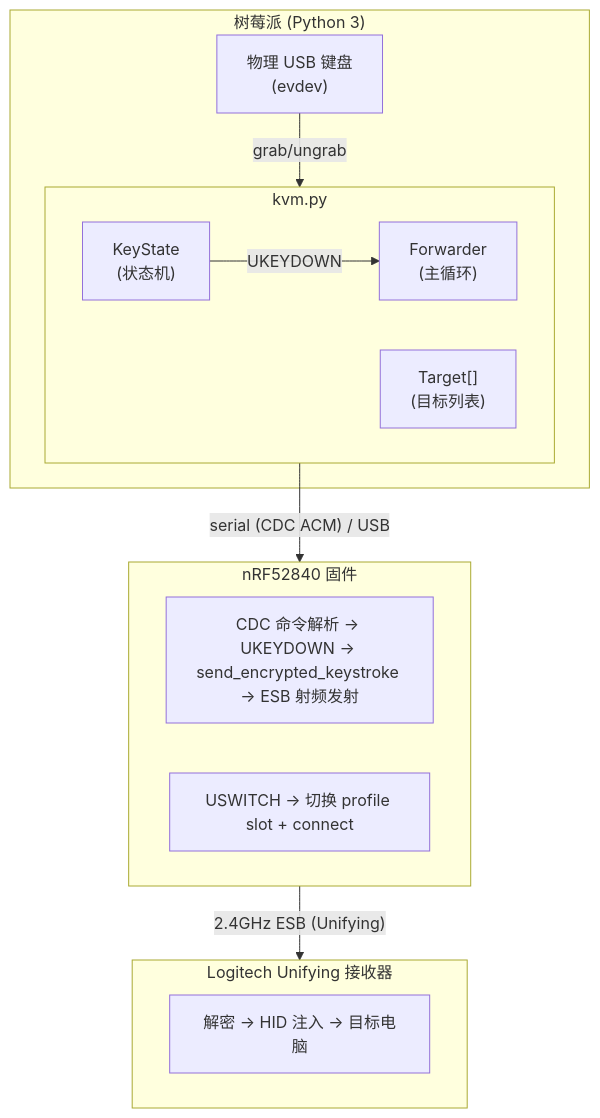
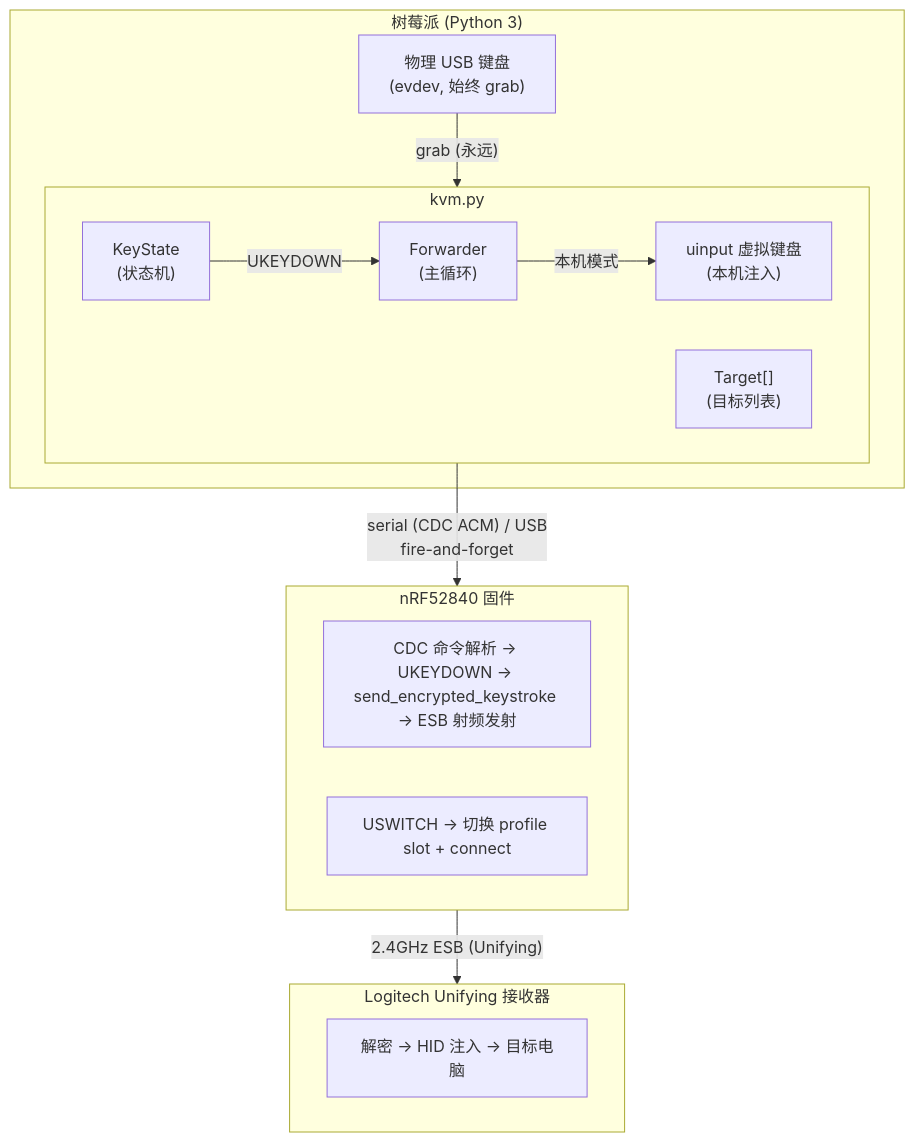
Before and after one commit to ZHLHZHU/unifying-kvm: the first of 5 diagrams in docs/TECHNICAL.md, drawn with Mermaid. The commit also changed other lines of this file and 3 other files, not shown here.

Commit message:
docs: 更新文档反映最终设计(单键切换/始终grab/fire-and-forget/LED闪烁)

````diff
--- a/docs/TECHNICAL.md
+++ b/docs/TECHNICAL.md
@@ -9,25 +9,27 @@
 ```mermaid
 graph TD
     subgraph Pi["树莓派 (Python 3)"]
-        Keyboard["物理 USB 键盘<br/>(evdev)"]
+        Keyboard["物理 USB 键盘<br/>(evdev, 始终 grab)"]
         subgraph KVM["kvm.py"]
             KeyState["KeyState<br/>(状态机)"]
             Forwarder["Forwarder<br/>(主循环)"]
             Targets["Target[]<br/>(目标列表)"]
+            UInput["uinput 虚拟键盘<br/>(本机注入)"]
             KeyState -->|UKEYDOWN| Forwarder
+            Forwarder -->|本机模式| UInput
         end
-        Keyboard -->|"grab/ungrab"| KVM
+        Keyboard -->|"grab (永远)"| KVM
     end
 
     subgraph NRF["nRF52840 固件"]
         CDC["CDC 命令解析 → UKEYDOWN → send_encrypted_keystroke → ESB 射频发射"]
         SWITCH["USWITCH → 切换 profile slot + connect"]
     end
 
     subgraph Receiver["Logitech Unifying 接收器"]
         RX["解密 → HID 注入 → 目标电脑"]
     end
 
-    KVM -->|"serial (CDC ACM) / USB"| NRF
+    KVM -->|"serial (CDC ACM) / USB<br/>fire-and-forget"| NRF
     NRF -->|"2.4GHz ESB (Unifying)"| Receiver
 ```
````
